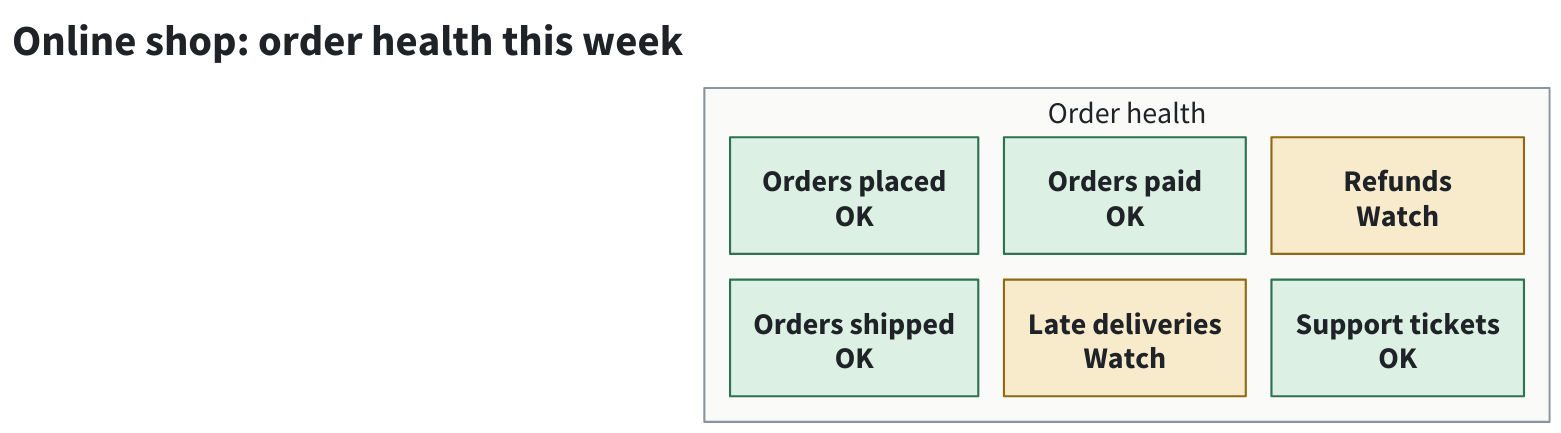
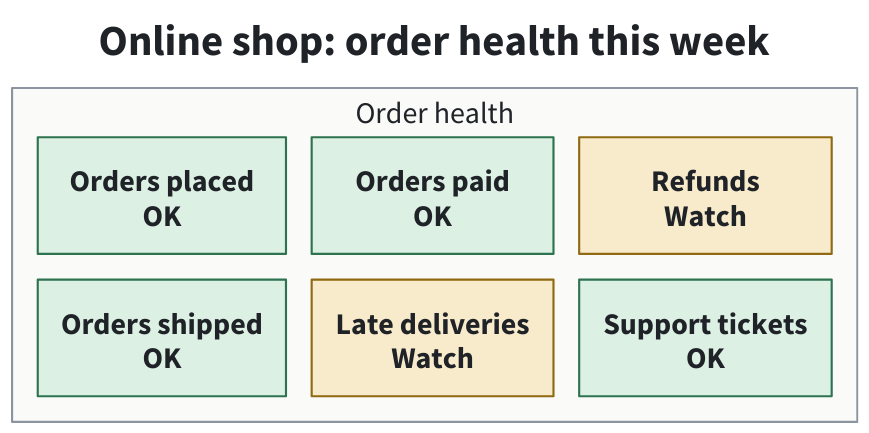
The diagram in checks/grid.d2 (asabirov/diagrams-skill), drawn with D2 before and after one commit. The commit also changed 27 other files, not shown here.

First line of the commit message:
Show every diagram type and rewrite the README around pictures (#55)

```diff
--- a/checks/grid.d2
+++ b/checks/grid.d2
@@ -1,27 +1,27 @@
 # Grid board: tiles in fixed rows and columns, with no edges.
 **.style.font-size: 28
 
 title: "Online shop: order health this week" {
-  near: top-left
+  near: top-center
   shape: text
   style: {font-size: 40; bold: true; font-color: "#1F2328"}
 }
 
 classes: {
   ok: {style: {fill: "#DDF0E4"; stroke: "#2E7350"; font-color: "#1F2328"}}
   watch: {style: {fill: "#F8EBCB"; stroke: "#8F6A12"; font-color: "#1F2328"}}
   group: {style: {fill: "#FAFAF8"; stroke: "#8C959F"; font-color: "#1F2328"}}
 }
 
 board: Order health {
   class: group
   grid-rows: 2
   grid-columns: 3
   grid-gap: 24
   placed: "Orders placed\nOK" {class: ok}
   paid: "Orders paid\nOK" {class: ok}
   refunds: "Refunds\nWatch" {class: watch}
   shipped: "Orders shipped\nOK" {class: ok}
   late: "Late deliveries\nWatch" {class: watch}
   support: "Support tickets\nOK" {class: ok}
 }
```
